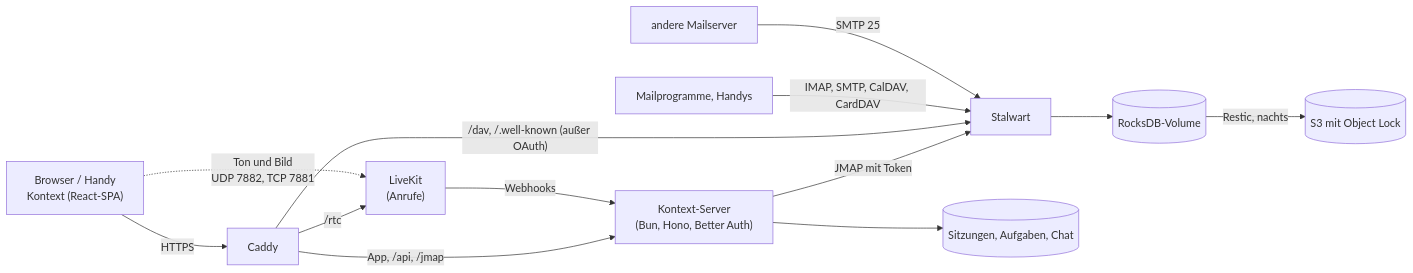
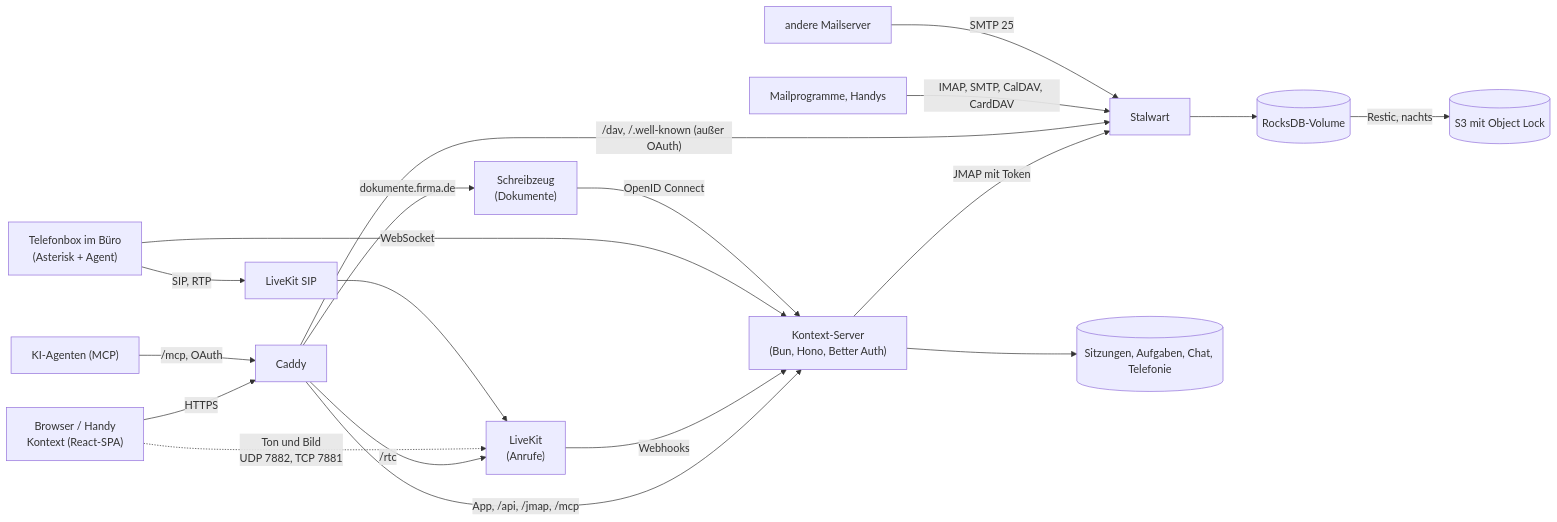
Before and after one commit to firsttris/kontext: the first of 3 diagrams in docs/architecture.md, drawn with Mermaid. The commit also changed other lines of this file and 12 other files, not shown here.

````diff
--- a/docs/architecture.md
+++ b/docs/architecture.md
@@ -3,15 +3,20 @@
 ```mermaid
 flowchart LR
   Browser["Browser / Handy<br>Kontext (React-SPA)"] -->|HTTPS| Caddy
-  Caddy -->|"App, /api, /jmap"| Server["Kontext-Server<br>(Bun, Hono, Better Auth)"]
+  Caddy -->|"App, /api, /jmap, /mcp"| Server["Kontext-Server<br>(Bun, Hono, Better Auth)"]
+  Agenten["KI-Agenten (MCP)"] -->|"/mcp, OAuth"| Caddy
   Server -->|"JMAP mit Token"| Stalwart
-  Server --> SQLite[("Sitzungen, Aufgaben, Chat")]
+  Server --> SQLite[("Sitzungen, Aufgaben, Chat, Telefonie")]
   Caddy -->|"/rtc"| LiveKit["LiveKit<br>(Anrufe)"]
   Browser -.->|"Ton und Bild<br>UDP 7882, TCP 7881"| LiveKit
   LiveKit -->|Webhooks| Server
+  Box["Telefonbox im Büro<br>(Asterisk + Agent)"] -->|"WebSocket"| Server
+  Box -->|"SIP, RTP"| SIP["LiveKit SIP"] --> LiveKit
+  Caddy -->|"dokumente.firma.de"| Schreibzeug["Schreibzeug<br>(Dokumente)"]
+  Schreibzeug -->|"OpenID Connect"| Server
   Caddy -->|"/dav, /.well-known (außer OAuth)"| Stalwart
   Clients["Mailprogramme, Handys"] -->|"IMAP, SMTP, CalDAV, CardDAV"| Stalwart
   Internet["andere Mailserver"] -->|SMTP 25| Stalwart
   Stalwart --> Daten[("RocksDB-Volume")]
   Daten -->|Restic, nachts| S3[("S3 mit Object Lock")]
 ```
````
